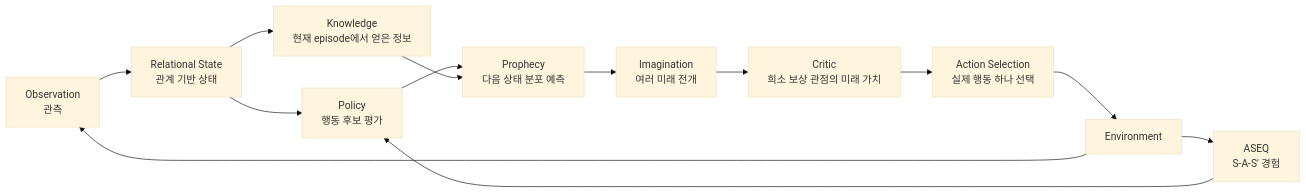
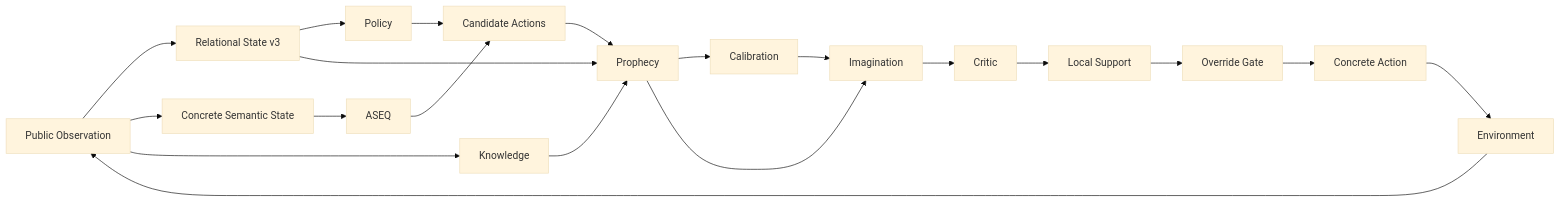
Before and after one commit to aether0xff-afk/AASSR: the diagram in wiki/Home.md, drawn with Mermaid (base theme). The commit also changed other lines of this file and 39 other files, not shown here.

````diff
--- a/wiki/Home.md
+++ b/wiki/Home.md
@@ -12,15 +95,22 @@
 ```mermaid
 flowchart LR
-    O[Observation<br/>관측] --> R[Relational State<br/>관계 기반 상태]
-    R --> P[Policy<br/>행동 후보 평가]
-    R --> K[Knowledge<br/>현재 episode에서 얻은 정보]
-    P --> W[Prophecy<br/>다음 상태 분포 예측]
+    O[Public Observation] --> R[Relational State v3]
+    O --> S[Concrete Semantic State]
+    R --> P[Policy]
+    S --> A[ASEQ]
+    O --> K[Knowledge]
+    P --> C[Candidate Actions]
+    A --> C
+    C --> W[Prophecy]
     K --> W
-    W --> I[Imagination<br/>여러 미래 전개]
-    I --> C[Critic<br/>희소 보상 관점의 미래 가치]
-    C --> A[Action Selection<br/>실제 행동 하나 선택]
-    A --> E[Environment]
+    R --> W
+    W --> CAL[Calibration]
+    W --> I[Imagination]
+    CAL --> I
+    I --> CR[Critic]
+    CR --> SUP[Local Support]
+    SUP --> G[Override Gate]
+    G --> ACT[Concrete Action]
+    ACT --> E[Environment]
     E --> O
-    E --> Q[ASEQ<br/>S-A-S' 경험]
-    Q --> P
 ```
````
